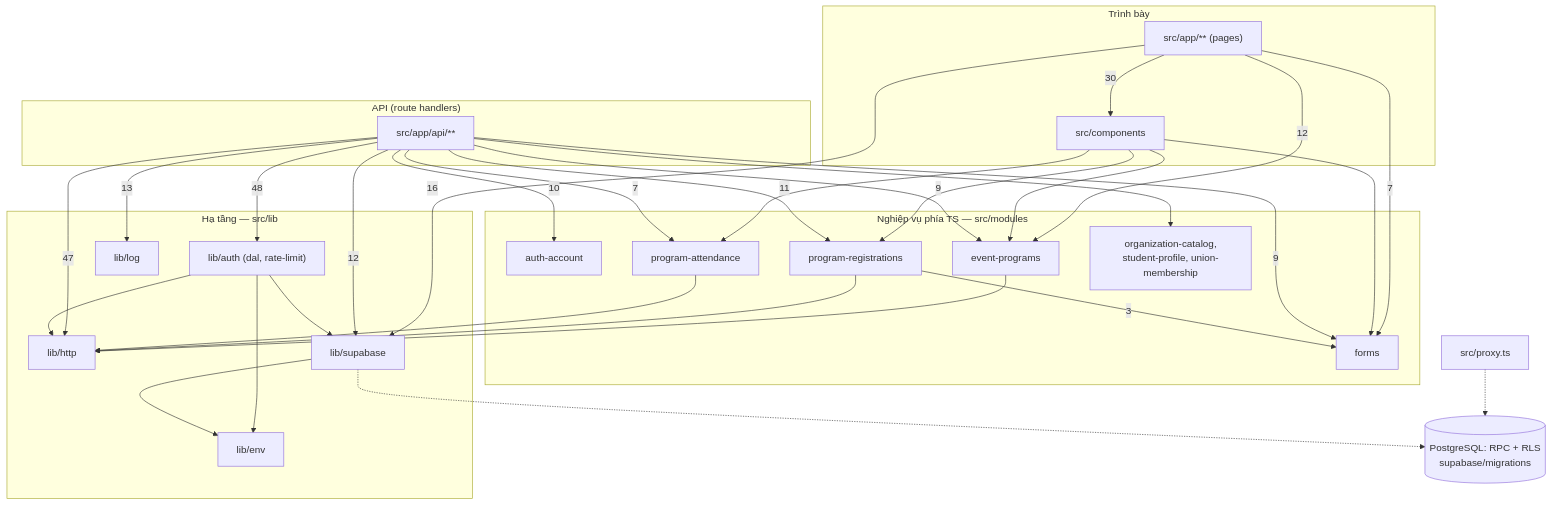
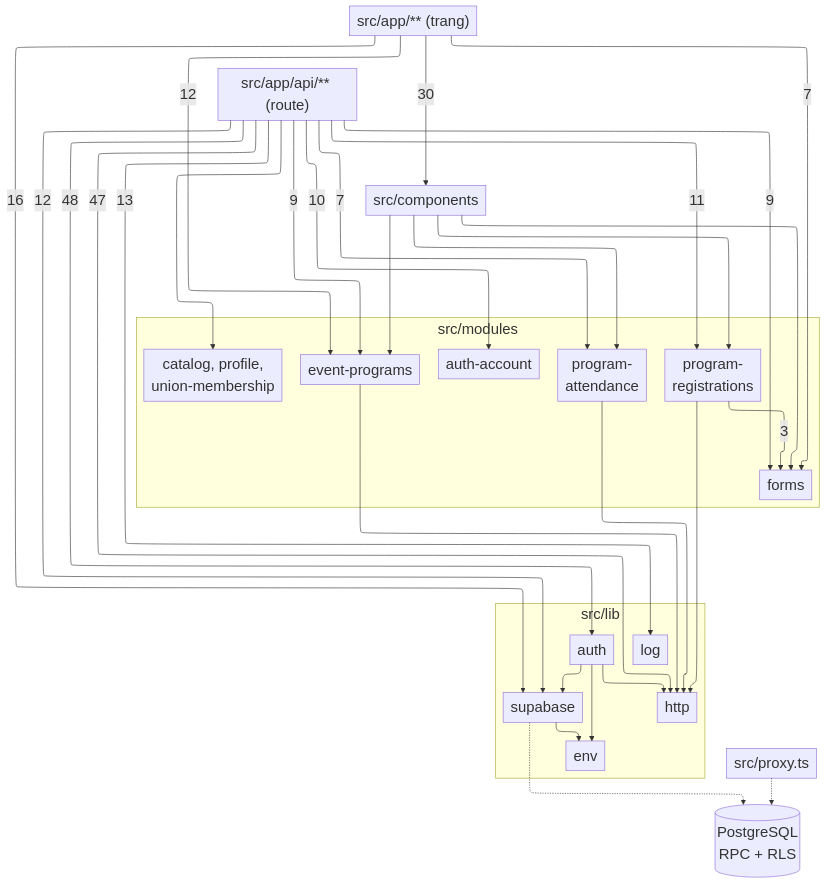
The sixth of 6 diagrams in docs/TH1/BaoCao_TH1.md (HoangntDev/eoffice-hiu), drawn with Mermaid before and after one commit. The commit also changed other lines of this file and 19 other files, not shown here.

````diff
--- a/docs/TH1/BaoCao_TH1.md
+++ b/docs/TH1/BaoCao_TH1.md
@@ -313,49 +445,55 @@
 ```mermaid
+---
+config:
+  layout: elk
+  themeVariables:
+    fontSize: "24px"
+  flowchart:
+    nodeSpacing: 18
+    rankSpacing: 36
+    padding: 6
+---
 flowchart TB
-  subgraph UI["Trình bày"]
-    PAGES["src/app/** (pages)"]
-    COMP["src/components"]
+  PX["src/proxy.ts"]
+  PAGES["src/app/** (trang)"]
+  ROUTES["src/app/api/** (route)"]
+  COMP["src/components"]
+  subgraph MOD["src/modules"]
+    MEP["event-programs"]
+    MFORM["forms"]
+    MREG["program-<br/>registrations"]
+    MATT["program-<br/>attendance"]
+    MAUTH["auth-account"]
+    MOTH["catalog, profile,<br/>union-membership"]
   end
-  subgraph API["API (route handlers)"]
-    ROUTES["src/app/api/**"]
+  subgraph LIB["src/lib"]
+    LAUTH["auth"]
+    LHTTP["http"]
+    LLOG["log"]
+    LSB["supabase"]
+    LENV["env"]
   end
-  subgraph DOMAIN["Nghiệp vụ phía TS — src/modules"]
-    MAUTH["auth-account"]
-    MEP["event-programs"]
-    MREG["program-registrations"]
-    MATT["program-attendance"]
-    MFORM["forms"]
-    MOTH["organization-catalog,<br/>student-profile, union-membership"]
-  end
-  subgraph LIB["Hạ tầng — src/lib"]
-    LAUTH["lib/auth (dal, rate-limit)"]
-    LHTTP["lib/http"]
-    LSB["lib/supabase"]
-    LLOG["lib/log"]
-    LENV["lib/env"]
-  end
-  PX["src/proxy.ts"]
-  DB[("PostgreSQL: RPC + RLS<br/>supabase/migrations")]
+  DB[("PostgreSQL<br/>RPC + RLS")]
 
   PAGES -->|30| COMP
-  PAGES -->|16| LSB
   PAGES -->|12| MEP
   PAGES -->|7| MFORM
+  PAGES -->|16| LSB
   COMP --> MEP & MFORM & MREG & MATT
+  ROUTES -->|9| MEP
+  ROUTES -->|9| MFORM
+  ROUTES -->|11| MREG
+  ROUTES -->|7| MATT
+  ROUTES -->|10| MAUTH
+  ROUTES --> MOTH
   ROUTES -->|48| LAUTH
   ROUTES -->|47| LHTTP
   ROUTES -->|13| LLOG
   ROUTES -->|12| LSB
-  ROUTES -->|11| MREG
-  ROUTES -->|10| MAUTH
-  ROUTES -->|9| MEP
-  ROUTES -->|9| MFORM
-  ROUTES -->|7| MATT
-  ROUTES --> MOTH
   MREG -->|3| MFORM
   MEP & MREG & MATT --> LHTTP
   LAUTH --> LSB & LHTTP & LENV
   LSB --> LENV
   LSB -.-> DB
   PX -.-> DB
 ```
````
